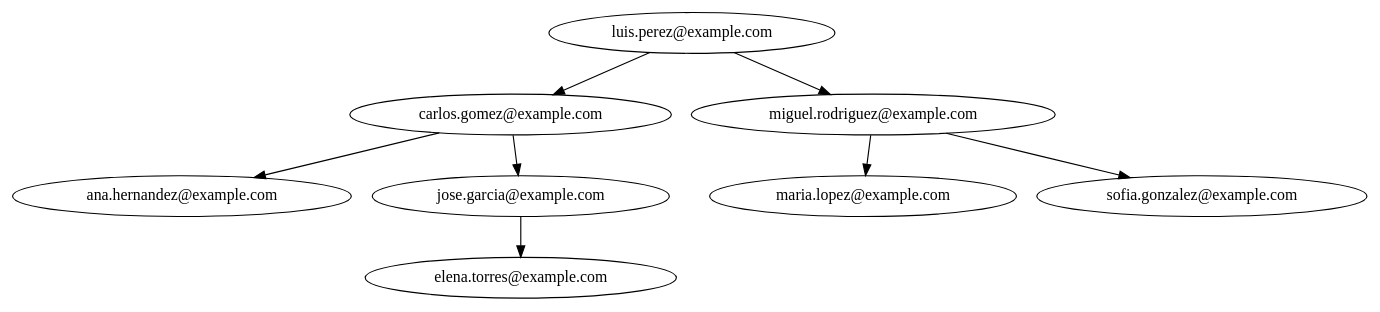
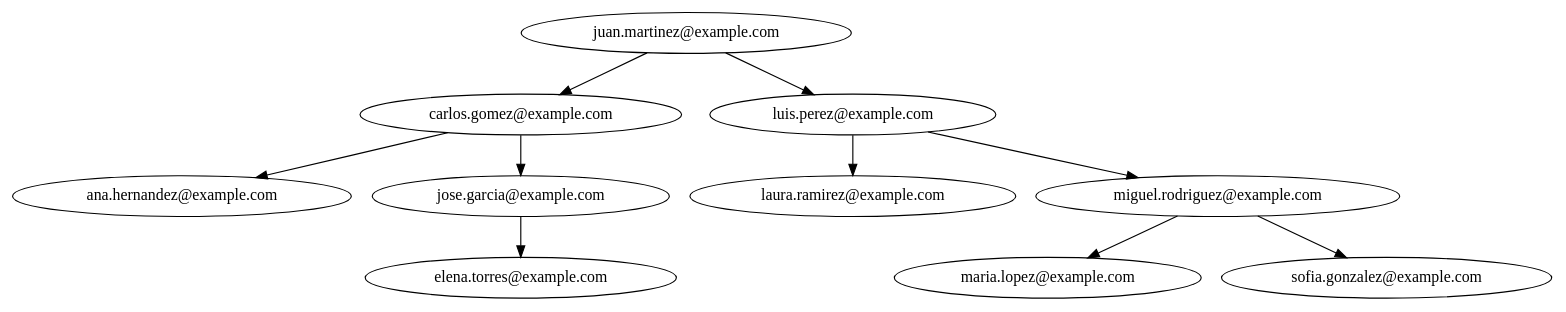
The diagram in pruebas/avl_usuarios.dot (matiuuh/-EDD-Proyecto1_202203009), drawn with Graphviz before and after one commit. The commit also changed 8 other files, not shown here.

```diff
--- a/pruebas/avl_usuarios.dot
+++ b/pruebas/avl_usuarios.dot
@@ -1,17 +1,21 @@
 digraph G {
-Nodo0x24b95ad95a0[label = "luis.perez@example.com"];
-Nodo0x24b95ad95a0->Nodo0x24b95ad9db0;
-Nodo0x24b95ad95a0->Nodo0x24b95ad9f90;
-Nodo0x24b95ad9db0[label = "carlos.gomez@example.com"];
-Nodo0x24b95ad9db0->Nodo0x24b95ad9600;
-Nodo0x24b95ad9db0->Nodo0x24b95ad9b70;
-Nodo0x24b95ad9600[label = "ana.hernandez@example.com"];
-Nodo0x24b95ad9b70[label = "jose.garcia@example.com"];
-Nodo0x24b95ad9b70->Nodo0x24b95ad97e0;
-Nodo0x24b95ad97e0[label = "elena.torres@example.com"];
-Nodo0x24b95ad9f90[label = "miguel.rodriguez@example.com"];
-Nodo0x24b95ad9f90->Nodo0x24b95ad96f0;
-Nodo0x24b95ad9f90->Nodo0x24b95ad9690;
-Nodo0x24b95ad96f0[label = "maria.lopez@example.com"];
-Nodo0x24b95ad9690[label = "sofia.gonzalez@example.com"];
+Nodo0x1b78f734340[label = "juan.martinez@example.com"];
+Nodo0x1b78f734340->Nodo0x1b78f734490;
+Nodo0x1b78f734340->Nodo0x1b78f734520;
+Nodo0x1b78f734490[label = "carlos.gomez@example.com"];
+Nodo0x1b78f734490->Nodo0x1b78f734310;
+Nodo0x1b78f734490->Nodo0x1b78f7342e0;
+Nodo0x1b78f734310[label = "ana.hernandez@example.com"];
+Nodo0x1b78f7342e0[label = "jose.garcia@example.com"];
+Nodo0x1b78f7342e0->Nodo0x1b78f734230;
+Nodo0x1b78f734230[label = "elena.torres@example.com"];
+Nodo0x1b78f734520[label = "luis.perez@example.com"];
+Nodo0x1b78f734520->Nodo0x1b78f7345e0;
+Nodo0x1b78f734520->Nodo0x1b78f6e6810;
+Nodo0x1b78f7345e0[label = "laura.ramirez@example.com"];
+Nodo0x1b78f6e6810[label = "miguel.rodriguez@example.com"];
+Nodo0x1b78f6e6810->Nodo0x1b78f734580;
+Nodo0x1b78f6e6810->Nodo0x1b78f6e6a20;
+Nodo0x1b78f734580[label = "maria.lopez@example.com"];
+Nodo0x1b78f6e6a20[label = "sofia.gonzalez@example.com"];
 }
```
